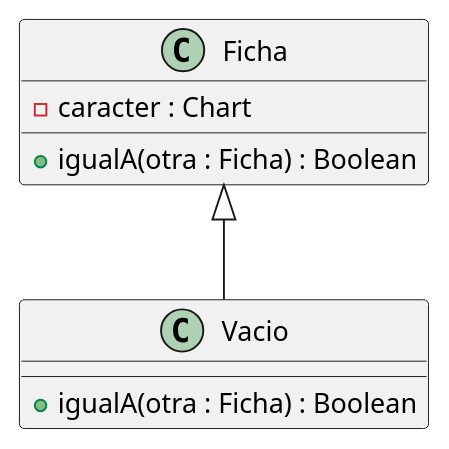
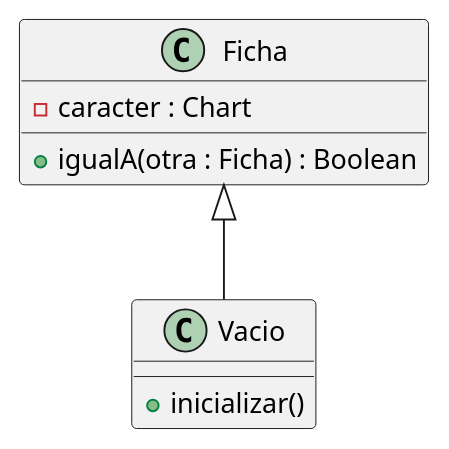
One commit to fiuba/algo3_tateti changed the diagram in diagrams/dc_ficha.plantuml. Above: the diagram before and after it, drawn with PlantUML. The commit also changed 5 other files, not shown here.

```diff
--- a/diagrams/dc_ficha.plantuml
+++ b/diagrams/dc_ficha.plantuml
@@ -1,15 +1,15 @@
 @startuml
 
 class Ficha {
         - caracter : Chart
         
         + igualA(otra : Ficha) : Boolean
 }
 
 class Vacio {
-        + igualA(otra : Ficha) : Boolean
+        + inicializar()
 }
 
 Ficha <|-- Vacio
 
 @enduml
```
